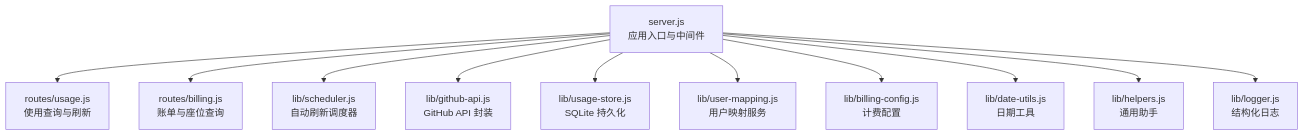
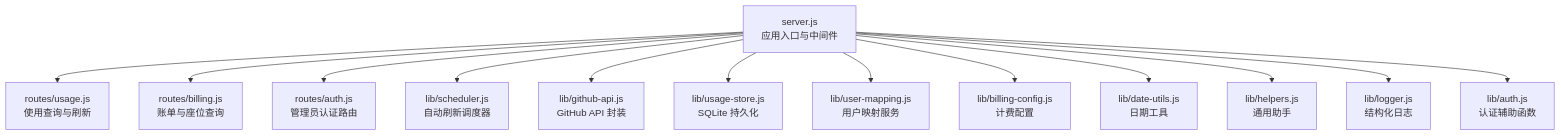
Before and after one commit to kissingwolf/CopilotEnterpriseUsageDisplay: the first of 11 diagrams in .qoder/repowiki/zh/content/核心模块/核心模块.md, drawn with Mermaid. The commit also changed other lines of this file and 9 other files, not shown here.

````diff
--- a/.qoder/repowiki/zh/content/核心模块/核心模块.md
+++ b/.qoder/repowiki/zh/content/核心模块/核心模块.md
@@ -44,13 +49,15 @@
 ```mermaid
 graph TB
 A["server.js<br/>应用入口与中间件"] --> B["routes/usage.js<br/>使用查询与刷新"]
 A --> C["routes/billing.js<br/>账单与座位查询"]
-A --> D["lib/scheduler.js<br/>自动刷新调度器"]
-A --> E["lib/github-api.js<br/>GitHub API 封装"]
-A --> F["lib/usage-store.js<br/>SQLite 持久化"]
-A --> G["lib/user-mapping.js<br/>用户映射服务"]
-A --> H["lib/billing-config.js<br/>计费配置"]
-A --> I["lib/date-utils.js<br/>日期工具"]
-A --> J["lib/helpers.js<br/>通用助手"]
-A --> K["lib/logger.js<br/>结构化日志"]
+A --> D["routes/auth.js<br/>管理员认证路由"]
+A --> E["lib/scheduler.js<br/>自动刷新调度器"]
+A --> F["lib/github-api.js<br/>GitHub API 封装"]
+A --> G["lib/usage-store.js<br/>SQLite 持久化"]
+A --> H["lib/user-mapping.js<br/>用户映射服务"]
+A --> I["lib/billing-config.js<br/>计费配置"]
+A --> J["lib/date-utils.js<br/>日期工具"]
+A --> K["lib/helpers.js<br/>通用助手"]
+A --> L["lib/logger.js<br/>结构化日志"]
+A --> M["lib/auth.js<br/>认证辅助函数"]
 ```
````
